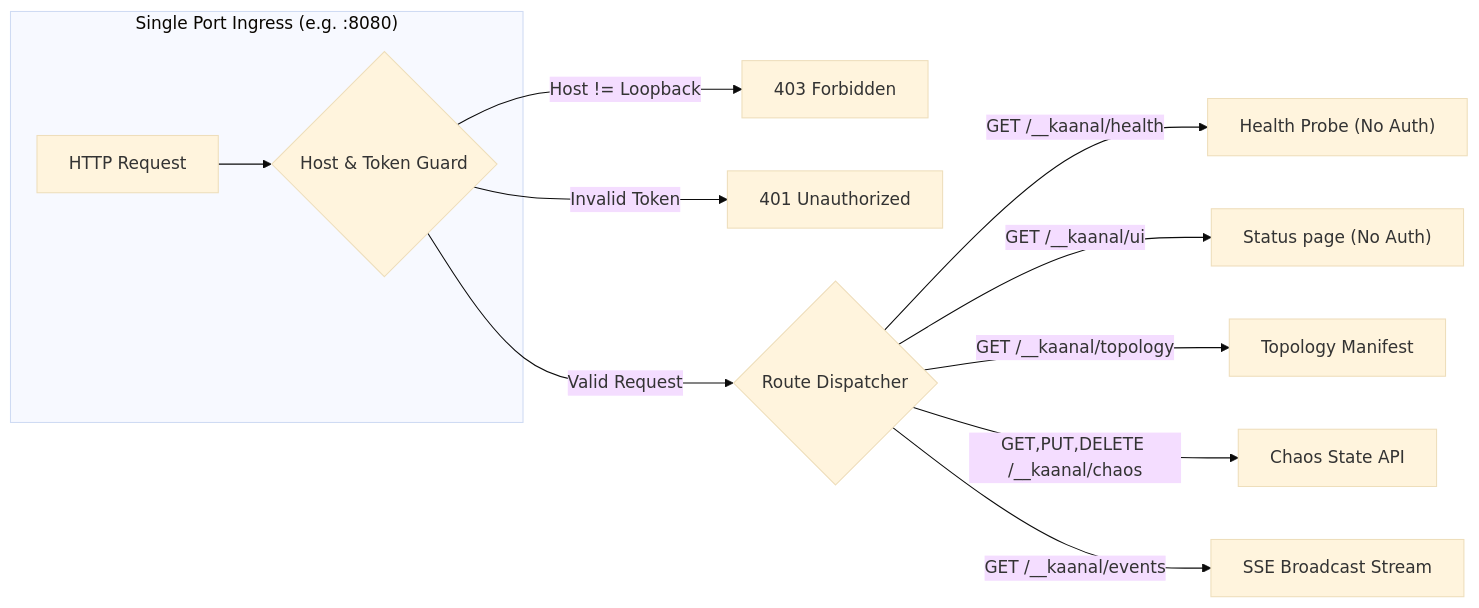
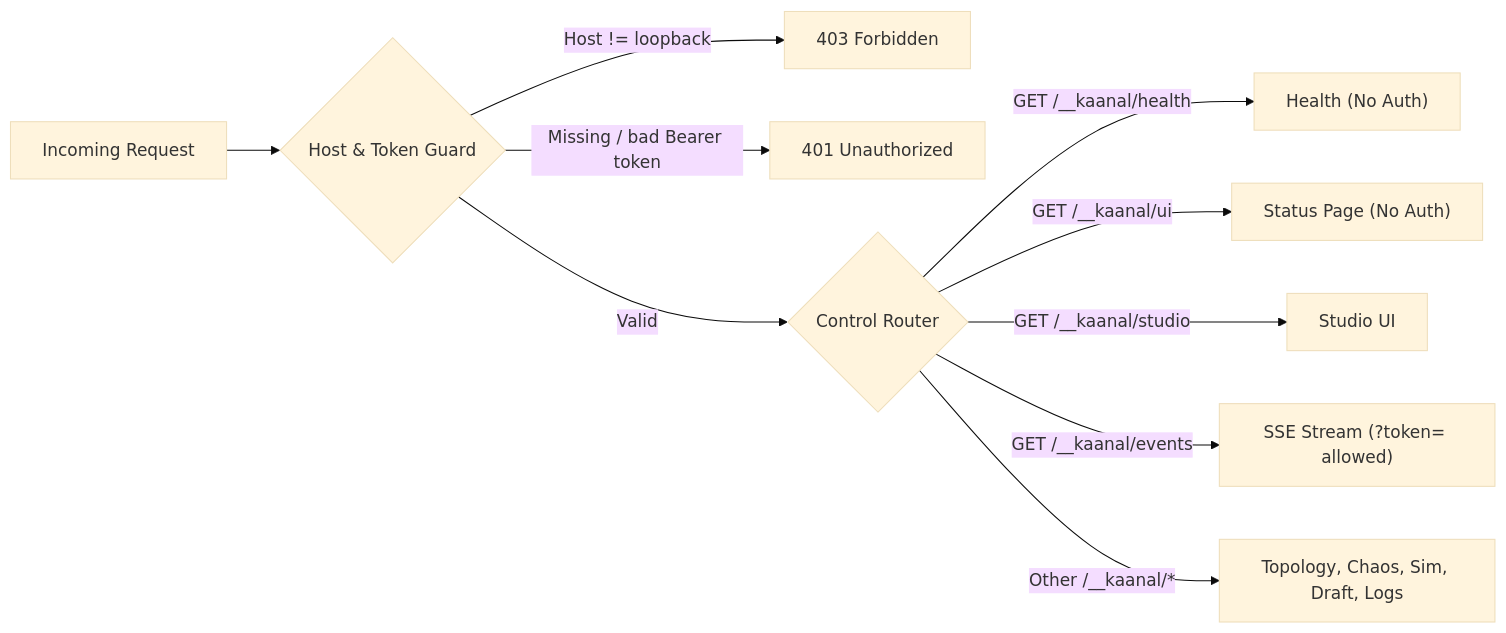
Before and after one commit to Naveen2070/kaanal: the seventh of 8 diagrams in docs/source/architecture.md, drawn with Mermaid (base theme). The commit also changed other lines of this file and 6 other files, not shown here.

First line of the commit message:
docs: polish README, architecture guide, and theme banners

````diff
--- a/docs/source/architecture.md
+++ b/docs/source/architecture.md
@@ -246,16 +228,13 @@
 ```mermaid
 flowchart LR
-    subgraph Ingress["Single Port Ingress (e.g. :8080)"]
-        Req["HTTP Request"] --> Guard{"Host & Token Guard"}
-    end
+    Req["Incoming Request"] --> Guard{"Host & Token Guard"}
+    Guard -->|"Host != loopback"| R403["403 Forbidden"]
+    Guard -->|"Missing / bad Bearer token"| R401["401 Unauthorized"]
+    Guard -->|"Valid"| Dispatch{"Control Router"}
 
-    Guard -->|Host != Loopback| R403["403 Forbidden"]
-    Guard -->|Invalid Token| R401["401 Unauthorized"]
-    Guard -->|Valid Request| Dispatcher{"Route Dispatcher"}
-
-    Dispatcher -->|GET /__kaanal/health| Health["Health Probe (No Auth)"]
-    Dispatcher -->|GET /__kaanal/ui| UI["Status page (No Auth)"]
-    Dispatcher -->|GET /__kaanal/topology| Topo["Topology Manifest"]
-    Dispatcher -->|GET,PUT,DELETE /__kaanal/chaos| Chaos["Chaos State API"]
-    Dispatcher -->|GET /__kaanal/events| SSE["SSE Broadcast Stream"]
+    Dispatch -->|"GET /__kaanal/health"| Health["Health (No Auth)"]
+    Dispatch -->|"GET /__kaanal/ui"| UI["Status Page (No Auth)"]
+    Dispatch -->|"GET /__kaanal/studio"| Studio["Studio UI"]
+    Dispatch -->|"GET /__kaanal/events"| SSE["SSE Stream (?token= allowed)"]
+    Dispatch -->|"Other /__kaanal/*"| API["Topology, Chaos, Sim, Draft, Logs"]
 ```
````
